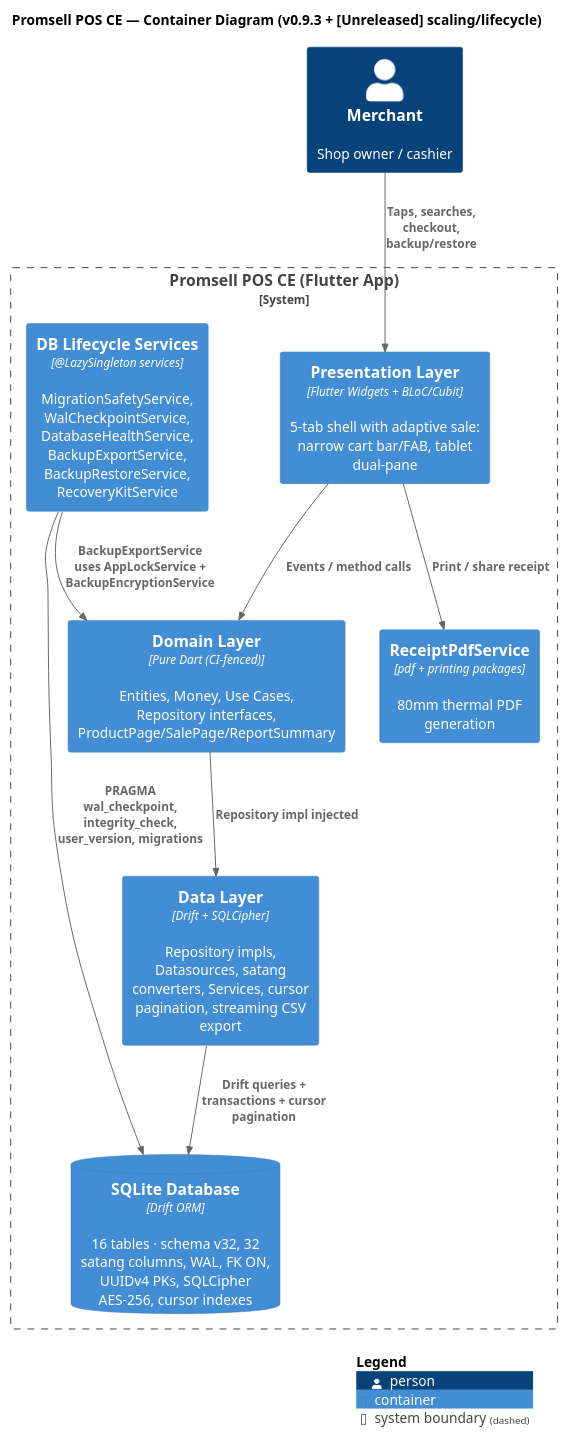
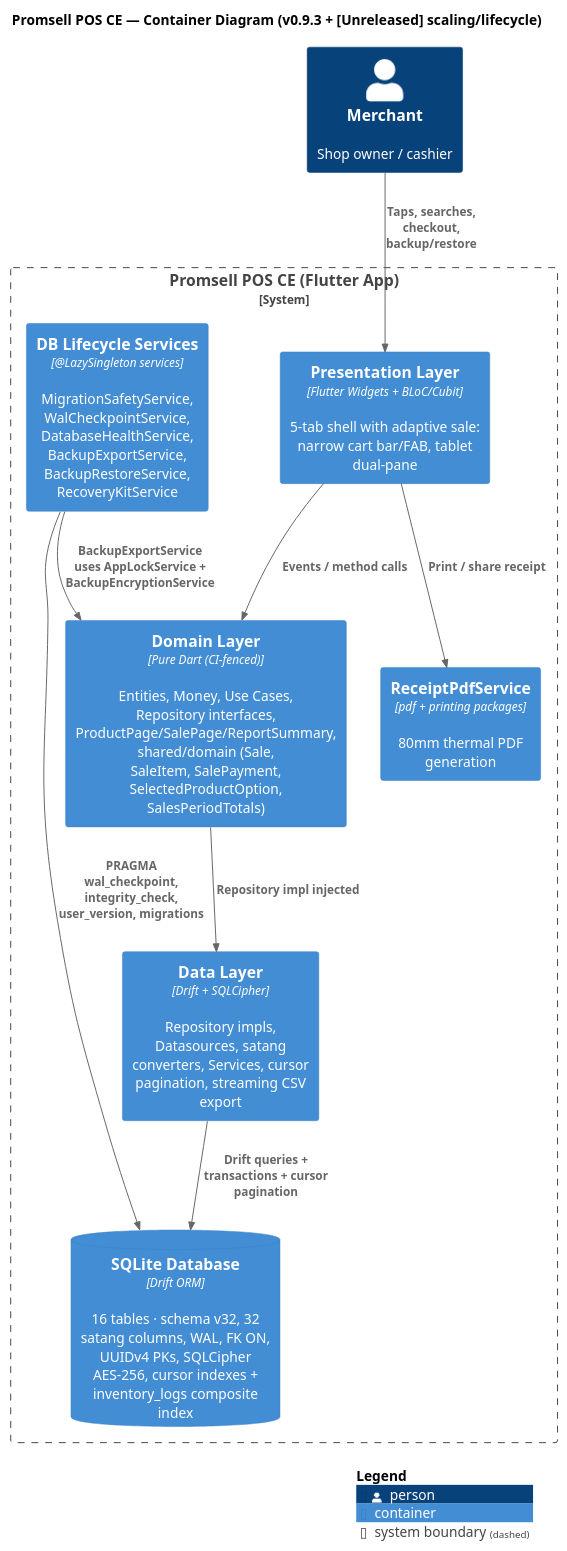
One commit to MN-Lizard-Team/promsell-pos-ce changed the diagram in docs/architecture/puml/c4-container.puml. Above: the diagram before and after it, drawn with PlantUML. The commit also changed 68 other files, not shown here.

```diff
--- a/docs/architecture/puml/c4-container.puml
+++ b/docs/architecture/puml/c4-container.puml
@@ -1,26 +1,26 @@
 @startuml C4_Container
 !include https://raw.githubusercontent.com/plantuml-stdlib/C4-PlantUML/master/C4_Container.puml
 
 title Promsell POS CE — Container Diagram (v0.9.3 + [Unreleased] scaling/lifecycle)
 
 Person(merchant, "Merchant", "Shop owner / cashier")
 
 System_Boundary(app, "Promsell POS CE (Flutter App)") {
     Container(ui, "Presentation Layer", "Flutter Widgets + BLoC/Cubit", "5-tab shell with adaptive sale: narrow cart bar/FAB, tablet dual-pane")
-    Container(domain, "Domain Layer", "Pure Dart (CI-fenced)", "Entities, Money, Use Cases, Repository interfaces, ProductPage/SalePage/ReportSummary")
+    Container(domain, "Domain Layer", "Pure Dart (CI-fenced)", "Entities, Money, Use Cases, Repository interfaces, ProductPage/SalePage/ReportSummary, shared/domain (Sale, SaleItem, SalePayment, SelectedProductOption, SalesPeriodTotals)")
     Container(data, "Data Layer", "Drift + SQLCipher", "Repository impls, Datasources, satang converters, Services, cursor pagination, streaming CSV export")
-    ContainerDb(sqlite, "SQLite Database", "Drift ORM", "16 tables · schema v32, 32 satang columns, WAL, FK ON, UUIDv4 PKs, SQLCipher AES-256, cursor indexes")
+    ContainerDb(sqlite, "SQLite Database", "Drift ORM", "16 tables · schema v32, 32 satang columns, WAL, FK ON, UUIDv4 PKs, SQLCipher AES-256, cursor indexes + inventory_logs composite index")
     Container(pdf, "ReceiptPdfService", "pdf + printing packages", "80mm thermal PDF generation")
     Container(lifecycle, "DB Lifecycle Services", "@LazySingleton services", "MigrationSafetyService, WalCheckpointService, DatabaseHealthService, BackupExportService, BackupRestoreService, RecoveryKitService")
 }
 
 Rel(merchant, ui, "Taps, searches, checkout, backup/restore")
 Rel(ui, domain, "Events / method calls")
 Rel(domain, data, "Repository impl injected")
 Rel(data, sqlite, "Drift queries + transactions + cursor pagination")
 Rel(ui, pdf, "Print / share receipt")
 Rel(lifecycle, sqlite, "PRAGMA wal_checkpoint, integrity_check, user_version, migrations")
 Rel(lifecycle, domain, "BackupExportService uses AppLockService + BackupEncryptionService")
 
 SHOW_LEGEND()
 @enduml
```
